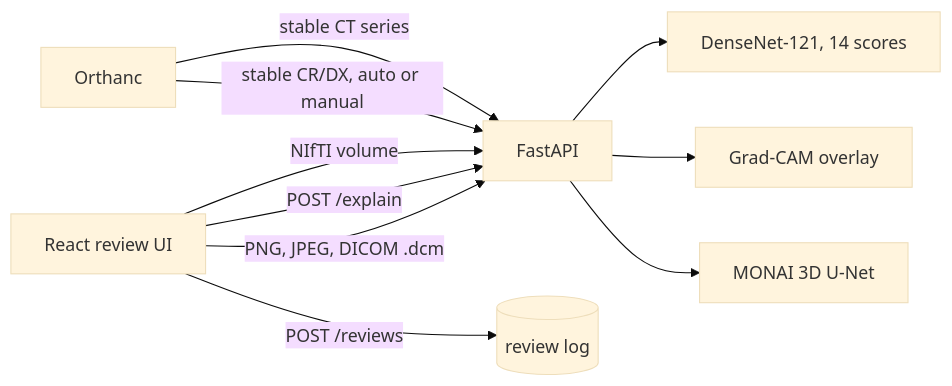
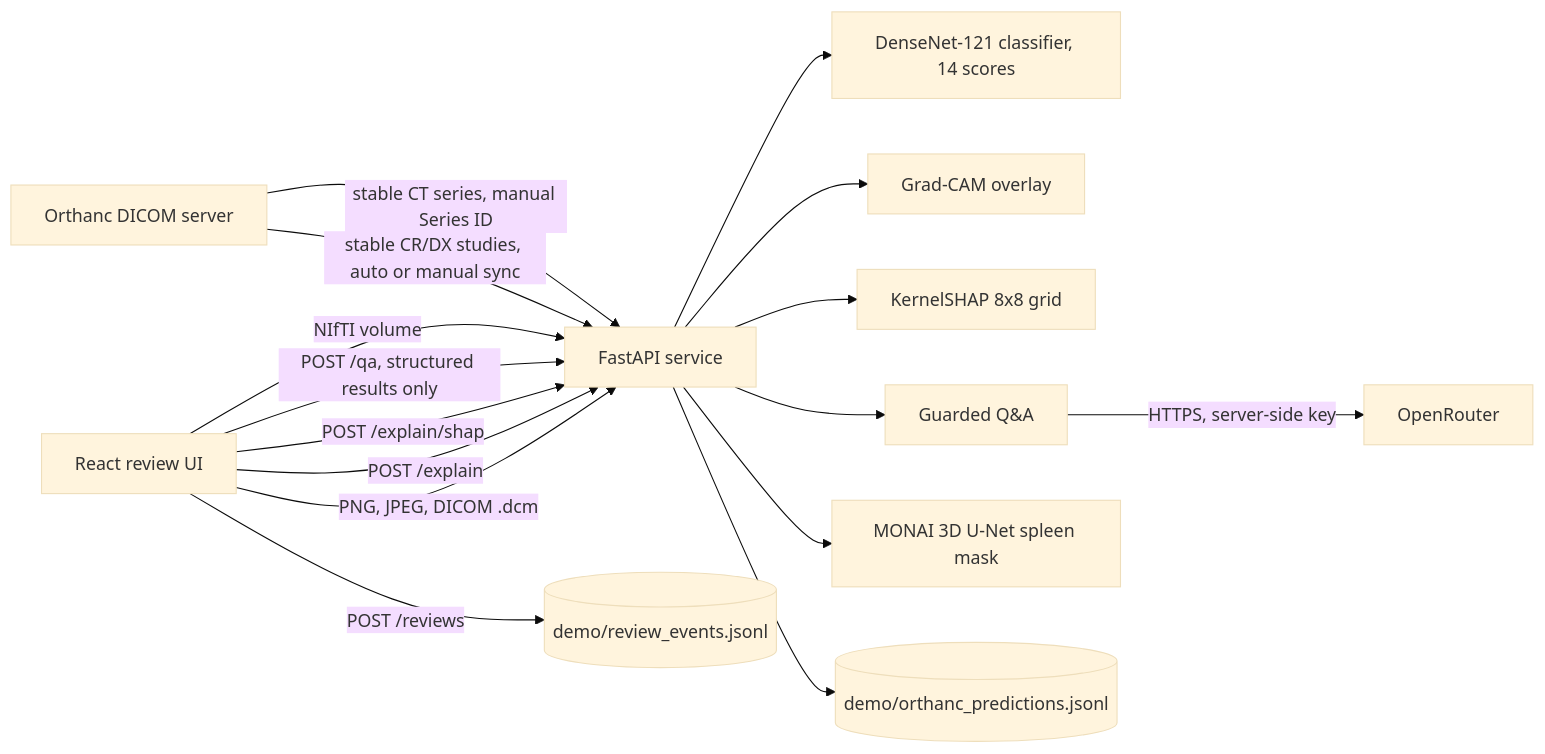
One commit to ram15x/nexvia-aiml-02-medical-imaging changed the diagram in README.md. Above: the diagram before and after it, drawn with Mermaid (base theme). The commit also changed 2 other files, not shown here.

Commit message:
Add rendered architecture diagram and include SHAP and Q&A
- docs/architecture.png: rendered from the Mermaid source.
- Diagram now shows the SHAP route and the guarded OpenRouter Q&A path,
  which were missing from the earlier version.

Claude-Session: https://claude.ai/code/session_019GiE2TgZHqKj11qZTLsXbS

````diff
--- a/README.md
+++ b/README.md
@@ -16,10 +16,14 @@
 ```mermaid
 flowchart LR
-  UI[React review UI] -->|PNG, JPEG, DICOM .dcm| API[FastAPI]
-  API --> DN[DenseNet-121, 14 scores]
+  UI[React review UI] -->|PNG, JPEG, DICOM .dcm| API[FastAPI service]
+  API --> DN[DenseNet-121 classifier, 14 scores]
   UI -->|POST /explain| API --> GC[Grad-CAM overlay]
-  UI -->|POST /reviews| LOG[(review log)]
-  UI -->|NIfTI volume| API --> UNET[MONAI 3D U-Net]
-  ORT[Orthanc] -->|stable CR/DX, auto or manual| API
-  ORT -->|stable CT series| API
+  UI -->|POST /explain/shap| API --> SHAP[KernelSHAP 8x8 grid]
+  UI -->|POST /qa, structured results only| API --> QA[Guarded Q&A]
+  QA -->|HTTPS, server-side key| OR[OpenRouter]
+  UI -->|POST /reviews| LOG[(demo/review_events.jsonl)]
+  UI -->|NIfTI volume| API --> UNET[MONAI 3D U-Net spleen mask]
+  ORT[Orthanc DICOM server] -->|stable CR/DX studies, auto or manual sync| API
+  ORT -->|stable CT series, manual Series ID| API
+  API --> OLOG[(demo/orthanc_predictions.jsonl)]
 ```
````
